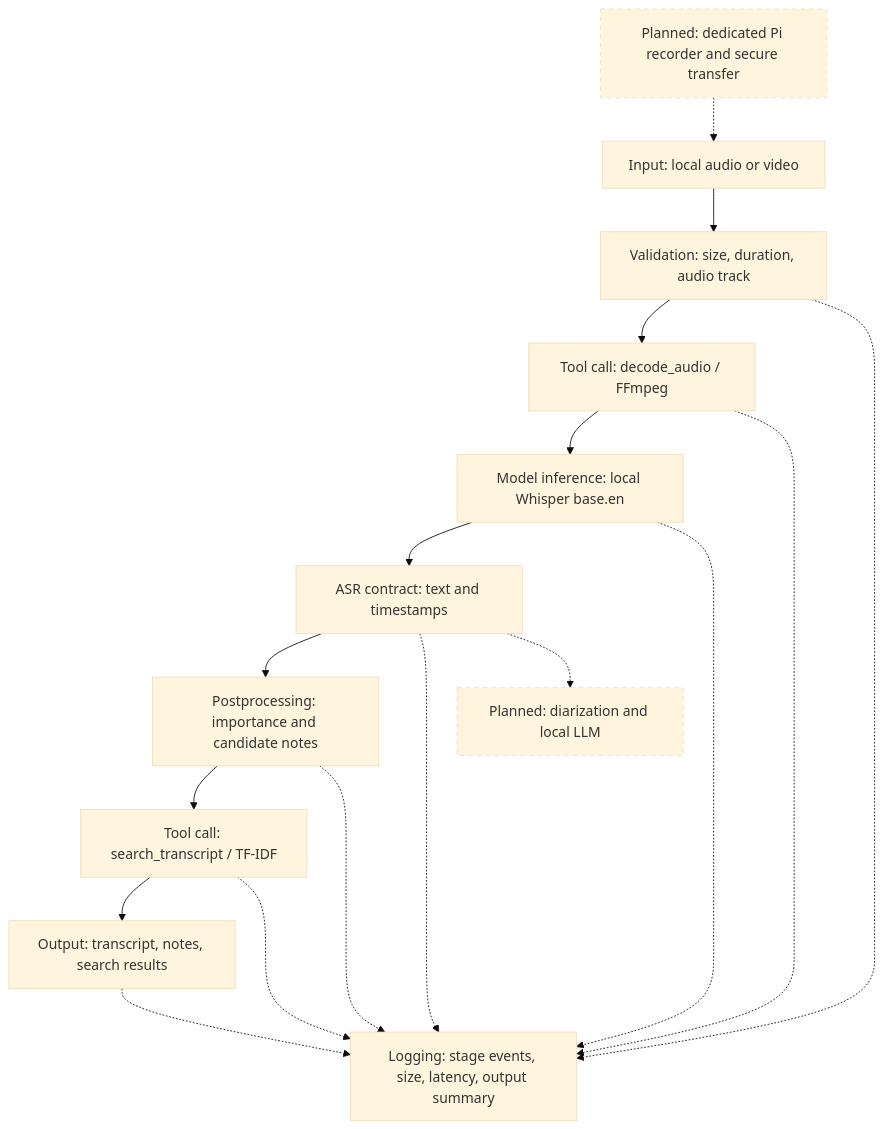
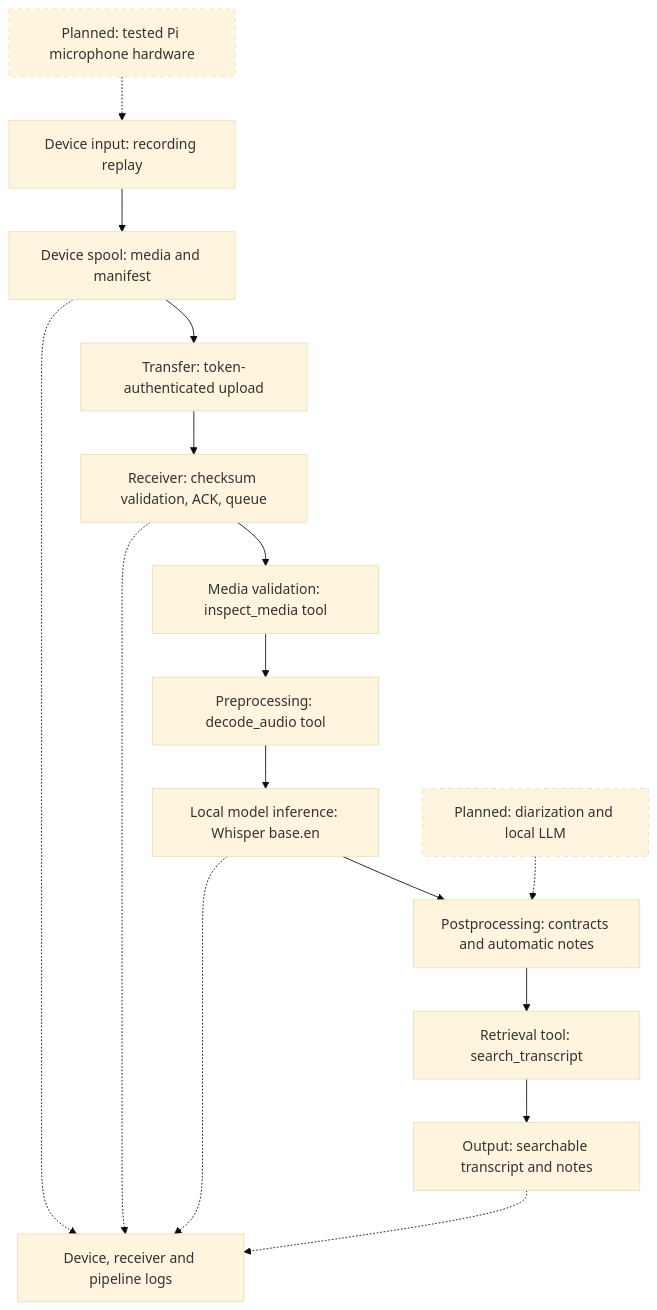
Before and after one commit to Grajera/SecureNote: the diagram in docs/ARCHITECTURE.md, drawn with Mermaid (base theme). The commit also changed other lines of this file and 58 other files, not shown here.

````diff
--- a/docs/ARCHITECTURE.md
+++ b/docs/ARCHITECTURE.md
@@ -5,21 +3,20 @@
 ```mermaid
 flowchart TD
-    I["Input: local audio or video"] --> V["Validation: size, duration, audio track"]
-    V --> P["Tool call: decode_audio / FFmpeg"]
-    P --> M["Model inference: local Whisper base.en"]
-    M --> C["ASR contract: text and timestamps"]
-    C --> N["Postprocessing: importance and candidate notes"]
-    N --> R["Tool call: search_transcript / TF-IDF"]
-    R --> O["Output: transcript, notes, search results"]
-    V -.-> L["Logging: stage events, size, latency, output summary"]
-    P -.-> L
+    I["Device input: recording replay"] --> Q["Device spool: media and manifest"]
+    Q --> T["Transfer: token-authenticated upload"]
+    T --> V["Receiver: checksum validation, ACK, queue"]
+    V --> A["Media validation: inspect_media tool"]
+    A --> P["Preprocessing: decode_audio tool"]
+    P --> M["Local model inference: Whisper base.en"]
+    M --> N["Postprocessing: contracts and automatic notes"]
+    N --> R["Retrieval tool: search_transcript"]
+    R --> O["Output: searchable transcript and notes"]
+    Q -.-> L["Device, receiver and pipeline logs"]
+    V -.-> L
     M -.-> L
-    C -.-> L
-    N -.-> L
-    R -.-> L
     O -.-> L
-    D["Planned: dedicated Pi recorder and secure transfer"] -.-> I
-    C -.-> F["Planned: diarization and local LLM"]
+    D["Planned: tested Pi microphone hardware"] -.-> I
+    F["Planned: diarization and local LLM"] -.-> N
     style D stroke-dasharray: 5 5
     style F stroke-dasharray: 5 5
 ```
````
